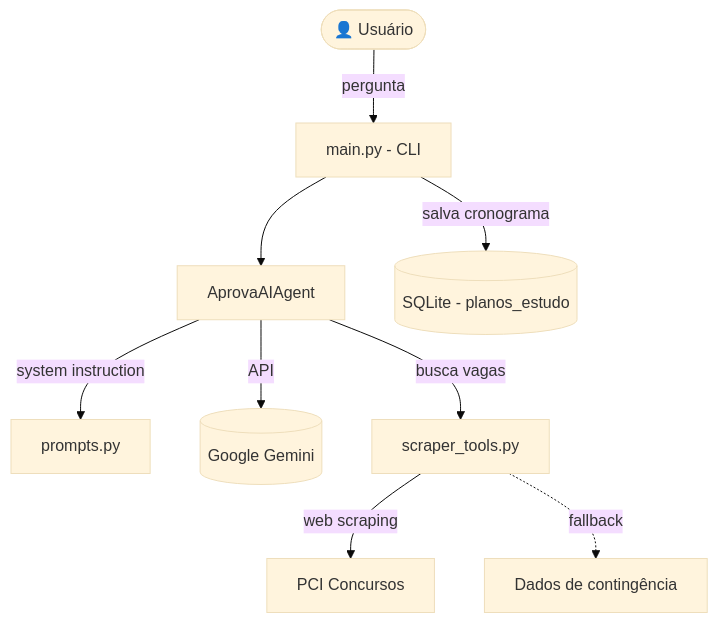
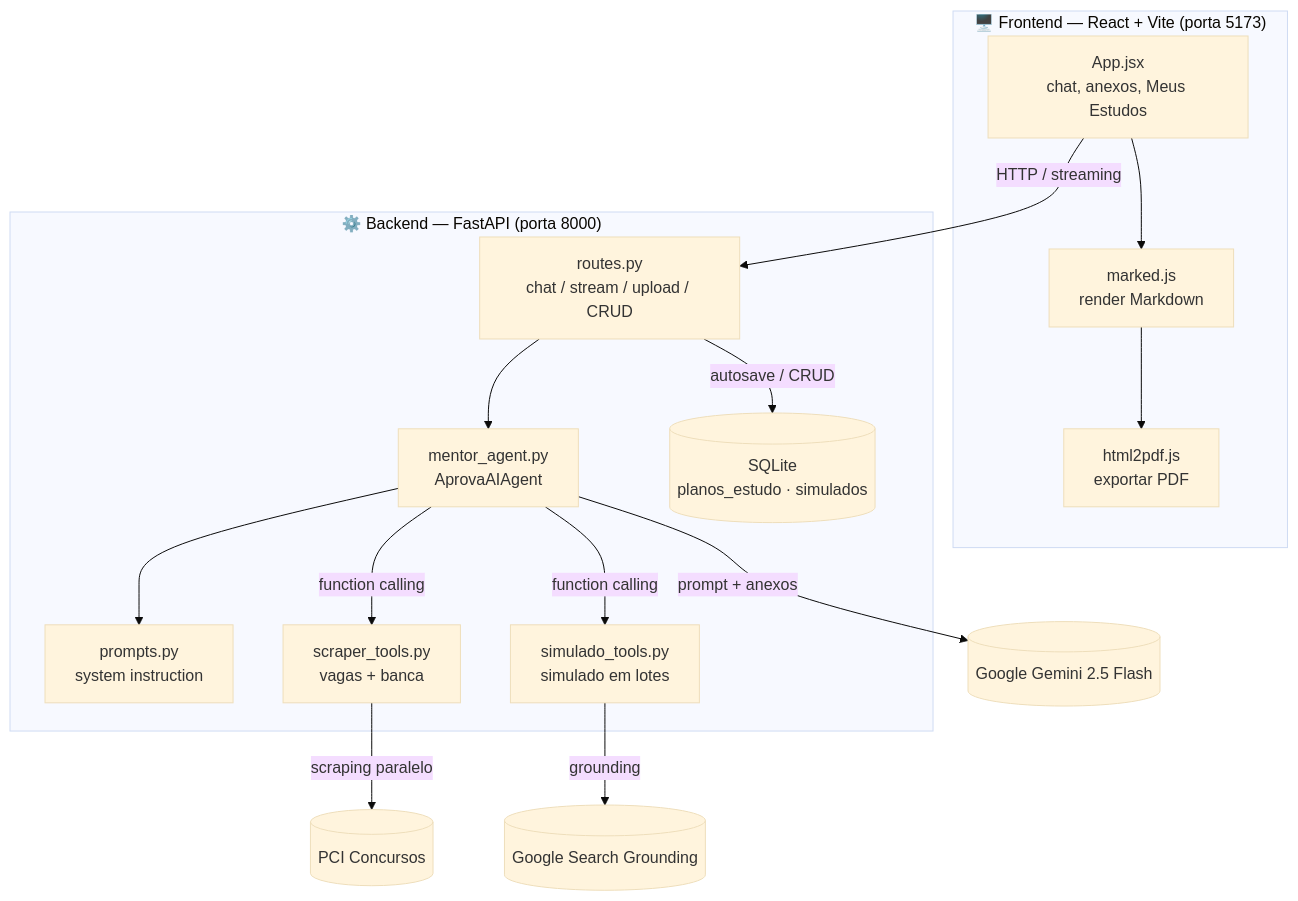
Before and after one commit to ToniLima87/AprovaAI: the diagram in README.md, drawn with Mermaid (base theme). The commit also changed other lines of this file and 30 other files, not shown here.

First line of the commit message:
feat: adiciona frontend React e fluxo de planos, editais e simulados

````diff
--- a/README.md
+++ b/README.md
@@ -49,11 +85,31 @@
 ```mermaid
 flowchart TD
-    User([👤 Usuário]) -->|pergunta| CLI[main.py - CLI]
-    CLI --> Agent[AprovaAIAgent]
-    Agent -->|system instruction| Prompts[prompts.py]
-    Agent -->|API| Gemini[(Google Gemini)]
-    Agent -->|busca vagas| Scraper[scraper_tools.py]
-    Scraper -->|web scraping| PCI[PCI Concursos]
-    Scraper -.->|fallback| Mock[Dados de contingência]
-    CLI -->|salva cronograma| DB[(SQLite - planos_estudo)]
+    subgraph Frontend["🖥️ Frontend — React + Vite (porta 5173)"]
+        UI[App.jsx<br/>chat, anexos, Meus Estudos]
+        MD[marked.js<br/>render Markdown]
+        PDF[html2pdf.js<br/>exportar PDF]
+    end
+
+    subgraph Backend["⚙️ Backend — FastAPI (porta 8000)"]
+        Routes[routes.py<br/>chat / stream / upload / CRUD]
+        Agent[mentor_agent.py<br/>AprovaAIAgent]
+        Prompts[prompts.py<br/>system instruction]
+        Scraper[scraper_tools.py<br/>vagas + banca]
+        Simulado[simulado_tools.py<br/>simulado em lotes]
+        DB[(SQLite<br/>planos_estudo · simulados)]
+    end
+
+    Gemini[(Google Gemini 2.5 Flash)]
+    Search[(Google Search Grounding)]
+    PCI[(PCI Concursos)]
+
+    UI -->|HTTP / streaming| Routes
+    UI --> MD --> PDF
+    Routes --> Agent --> Prompts
+    Agent -->|function calling| Scraper
+    Agent -->|function calling| Simulado
+    Agent -->|prompt + anexos| Gemini
+    Scraper -->|scraping paralelo| PCI
+    Simulado -->|grounding| Search
+    Routes -->|autosave / CRUD| DB
 ```
````
